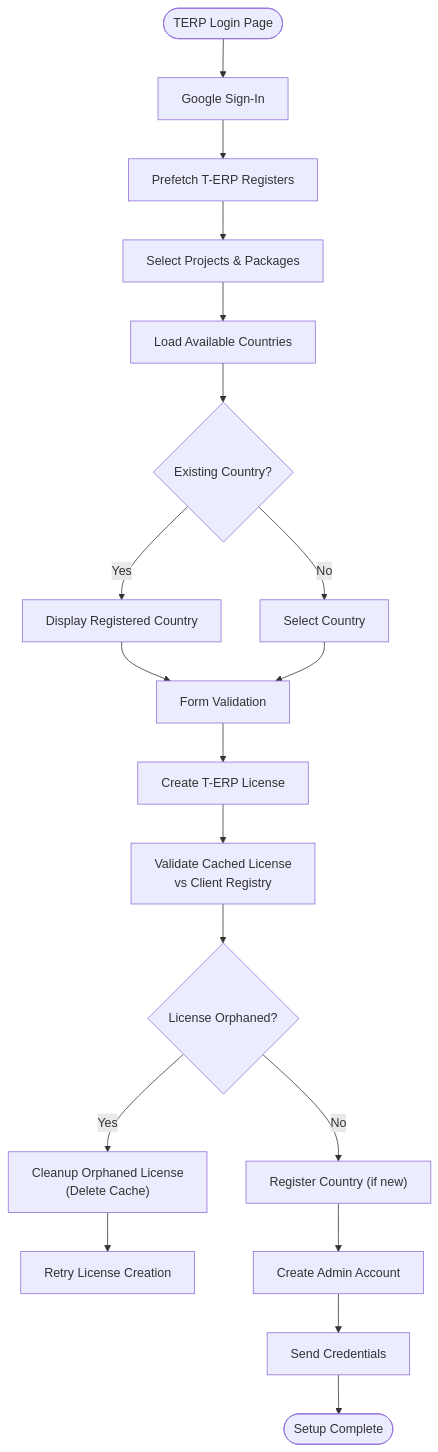
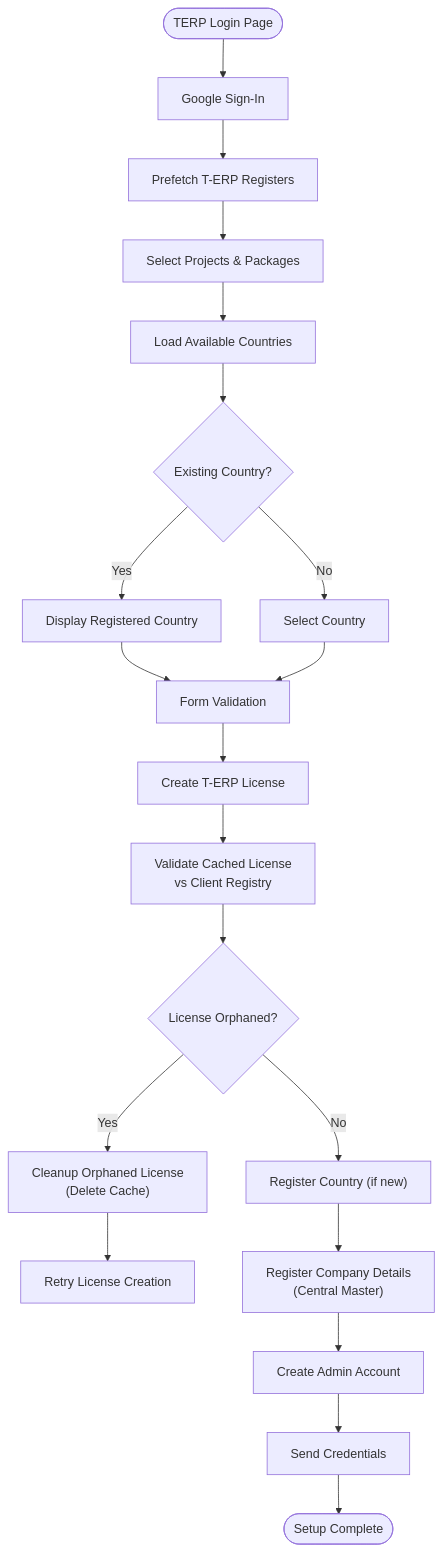
One commit to imcbsglobal/TRELLISCO_ERP_FRONTEND changed the third of 6 diagrams in .qoder/repowiki/en/content/Application Architecture/Authentication & Authorization.md. Above: the diagram before and after it, drawn with Mermaid. The commit also changed other lines of this file and 27 other files, not shown here.

Commit message:
COMPANY MASTER

````diff
--- a/.qoder/repowiki/en/content/Application Architecture/Authentication & Authorization.md
+++ b/.qoder/repowiki/en/content/Application Architecture/Authentication & Authorization.md
@@ -241,21 +255,22 @@
 ```mermaid
 flowchart TD
 Start(["TERP Login Page"]) --> GoogleAuth["Google Sign-In"]
 GoogleAuth --> Prefetch["Prefetch T-ERP Registers"]
 Prefetch --> ProjectSelection["Select Projects & Packages"]
 ProjectSelection --> CountryCheck["Load Available Countries"]
 CountryCheck --> ExistingCountry{"Existing Country?"}
 ExistingCountry --> |Yes| LockedCountry["Display Registered Country"]
 ExistingCountry --> |No| CountrySelection["Select Country"]
 LockedCountry --> Validation["Form Validation"]
 CountrySelection --> Validation
 Validation --> LicenseCreation["Create T-ERP License"]
 LicenseCreation --> CacheValidation["Validate Cached License<br/>vs Client Registry"]
 CacheValidation --> OrphanedCheck{"License Orphaned?"}
 OrphanedCheck --> |Yes| Cleanup["Cleanup Orphaned License<br/>(Delete Cache)"]
 OrphanedCheck --> |No| CountryRegistration["Register Country (if new)"]
 Cleanup --> Retry["Retry License Creation"]
-CountryRegistration --> AdminAccount["Create Admin Account"]
+CountryRegistration --> CompanyRegistration["Register Company Details<br/>(Central Master)"]
+CompanyRegistration --> AdminAccount["Create Admin Account"]
 AdminAccount --> CredentialDelivery["Send Credentials"]
 CredentialDelivery --> Success(["Setup Complete"])
 ```
````
